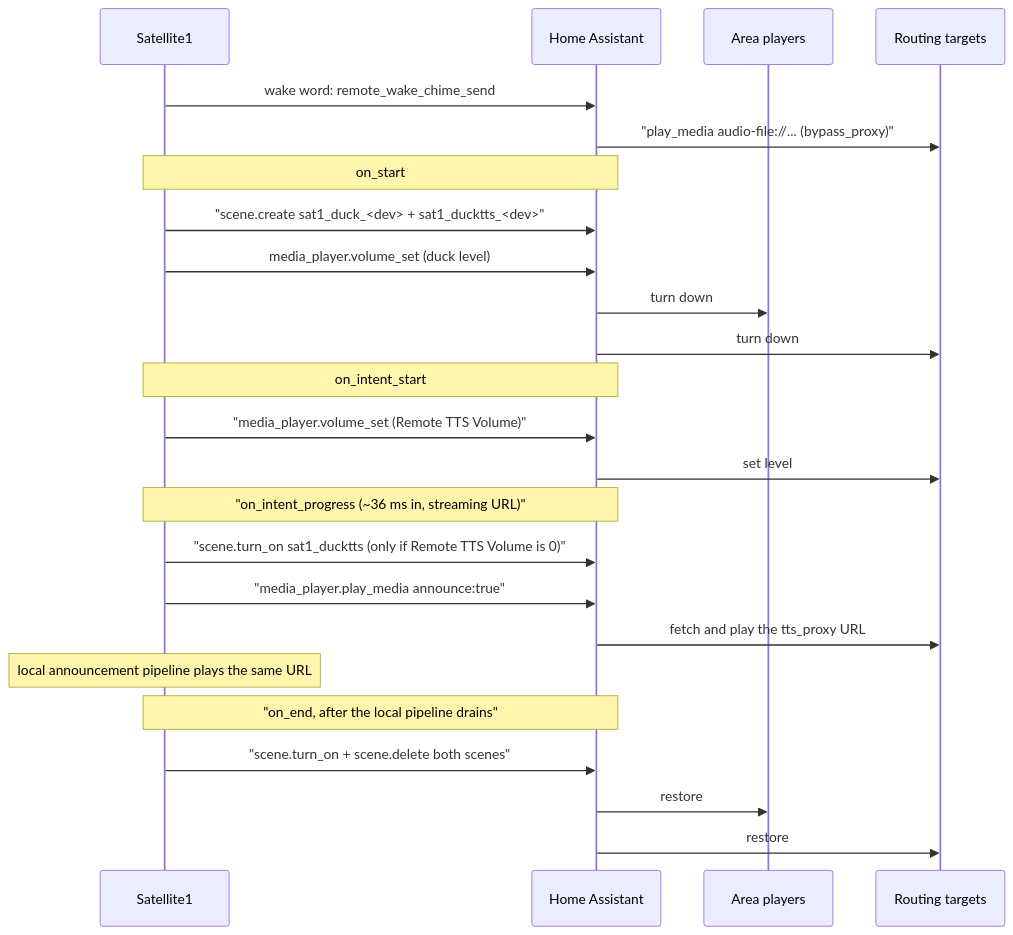
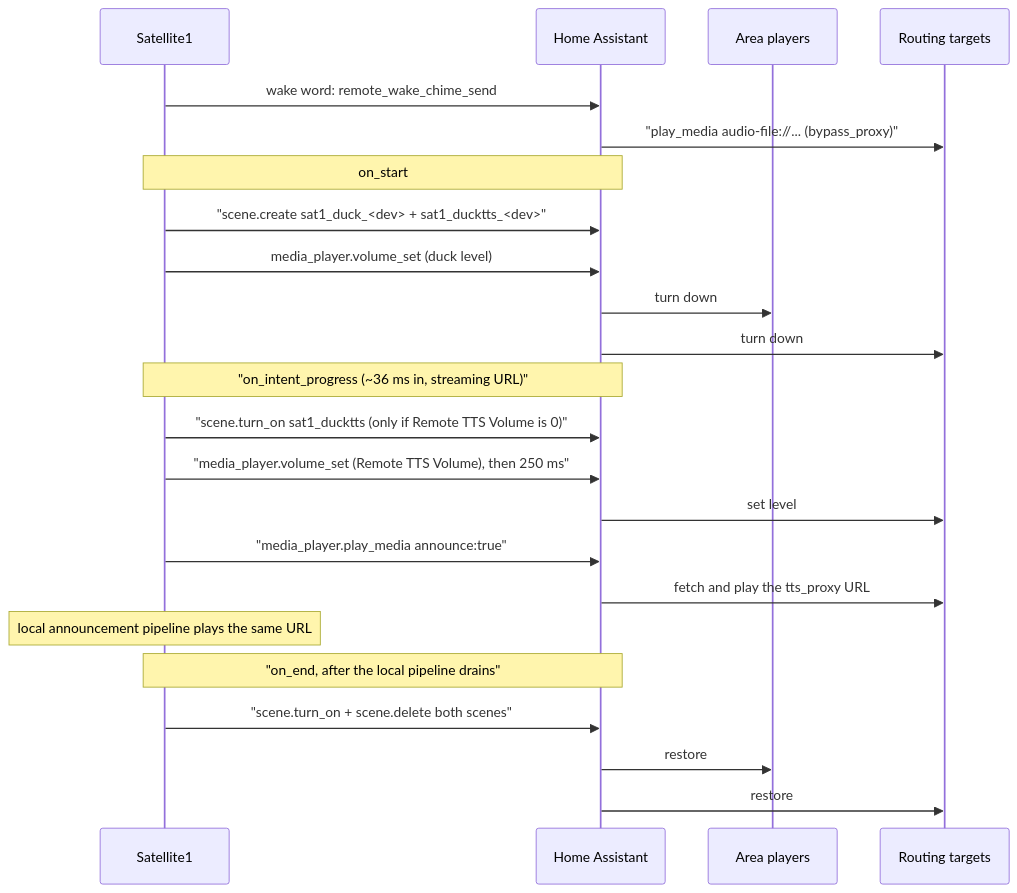
Before and after one commit to FutureProofHomes/Satellite1-ESPHome: the diagram in docs/TTS-Routing.md, drawn with Mermaid. The commit also changed other lines of this file and 2 other files, not shown here.

````diff
--- a/docs/TTS-Routing.md
+++ b/docs/TTS-Routing.md
@@ -301,27 +301,26 @@
 ```mermaid
 sequenceDiagram
     participant Sat as Satellite1
     participant HA as Home Assistant
     participant Room as Area players
     participant Tgt as Routing targets
 
     Sat->>HA: wake word: remote_wake_chime_send
     HA->>Tgt: "play_media audio-file://... (bypass_proxy)"
     Note over Sat,HA: on_start
     Sat->>HA: "scene.create sat1_duck_<dev> + sat1_ducktts_<dev>"
     Sat->>HA: media_player.volume_set (duck level)
     HA->>Room: turn down
     HA->>Tgt: turn down
-    Note over Sat,HA: on_intent_start
-    Sat->>HA: "media_player.volume_set (Remote TTS Volume)"
-    HA->>Tgt: set level
     Note over Sat,HA: "on_intent_progress (~36 ms in, streaming URL)"
     Sat->>HA: "scene.turn_on sat1_ducktts (only if Remote TTS Volume is 0)"
+    Sat->>HA: "media_player.volume_set (Remote TTS Volume), then 250 ms"
+    HA->>Tgt: set level
     Sat->>HA: "media_player.play_media announce:true"
     HA->>Tgt: fetch and play the tts_proxy URL
     Note over Sat: local announcement pipeline plays the same URL
     Note over Sat,HA: "on_end, after the local pipeline drains"
     Sat->>HA: "scene.turn_on + scene.delete both scenes"
     HA->>Room: restore
     HA->>Tgt: restore
 ```
````
